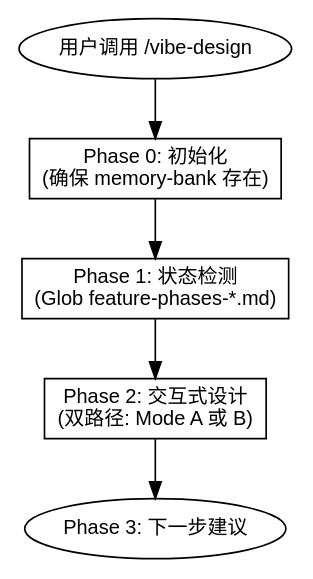
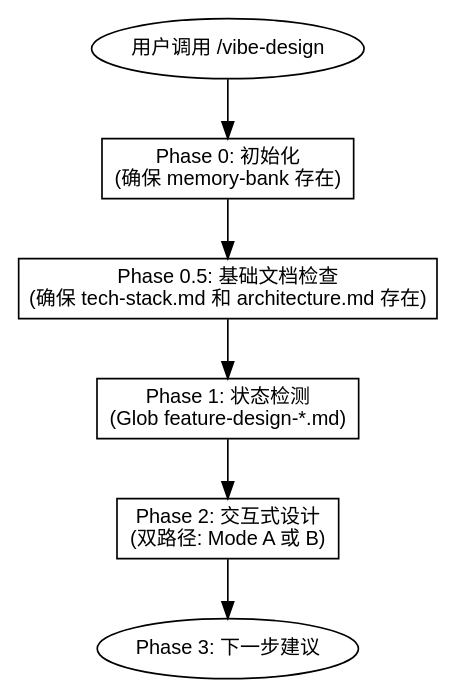
One commit to Yumoxj/vibe-ops changed the first of 2 diagrams in skills-zh/vibe-design/SKILL.md. Above: the diagram before and after it, drawn with Graphviz. The commit also changed other lines of this file and 26 other files, not shown here.

First line of the commit message:
feat: merge feature-phases into feature-design and enforce foundation checks

````diff
--- a/skills-zh/vibe-design/SKILL.md
+++ b/skills-zh/vibe-design/SKILL.md
@@ -25,17 +27,19 @@
 ```dot
 digraph design_overview {
     rankdir=TB;
     node [fontname="Arial", fontsize=12];
 
     start [shape=ellipse, label="用户调用 /vibe-design"];
     phase0 [shape=box, label="Phase 0: 初始化\n(确保 memory-bank 存在)"];
-    phase1 [shape=box, label="Phase 1: 状态检测\n(Glob feature-phases-*.md)"];
+    phase0b [shape=box, label="Phase 0.5: 基础文档检查\n(确保 tech-stack.md 和 architecture.md 存在)"];
+    phase1 [shape=box, label="Phase 1: 状态检测\n(Glob feature-design-*.md)"];
     phase2 [shape=box, label="Phase 2: 交互式设计\n(双路径: Mode A 或 B)"];
     phase3 [shape=ellipse, label="Phase 3: 下一步建议"];
 
     start -> phase0;
-    phase0 -> phase1;
+    phase0 -> phase0b;
+    phase0b -> phase1;
     phase1 -> phase2;
     phase2 -> phase3;
 }
 ```
````
